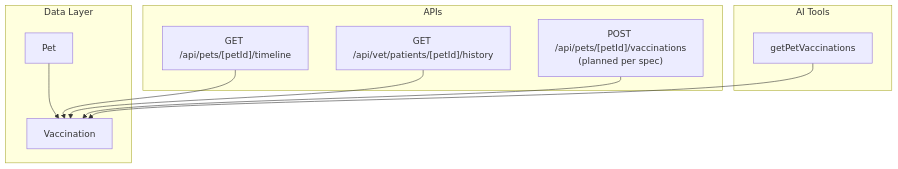
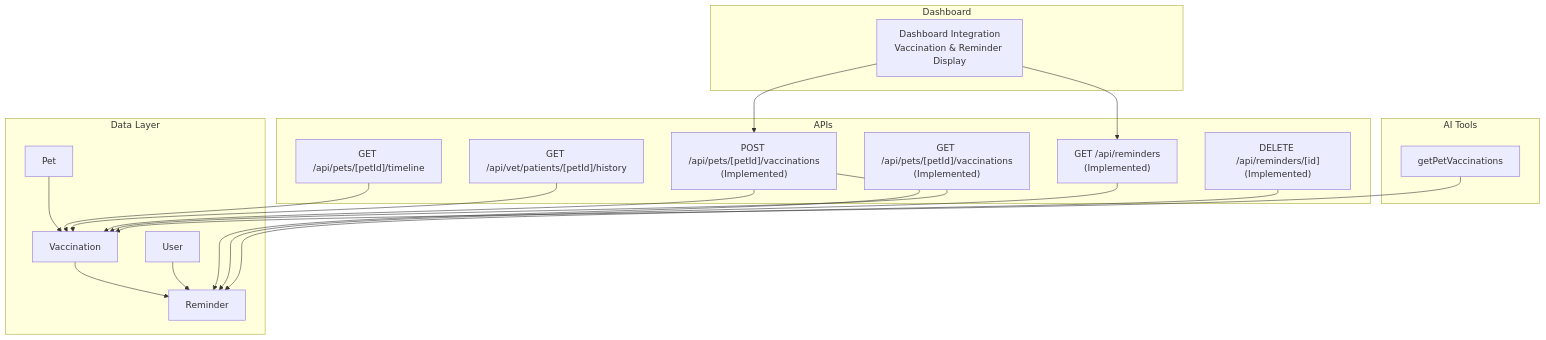
One commit to Javeria-Javaid/ai-powered-pet-healthcare-ecosystem changed the first of 7 diagrams in .qoder/repowiki/en/content/Pet Health Management/Vaccination Tracking.md. Above: the diagram before and after it, drawn with Mermaid. The commit also changed other lines of this file and 45 other files, not shown here.

````diff
--- a/.qoder/repowiki/en/content/Pet Health Management/Vaccination Tracking.md
+++ b/.qoder/repowiki/en/content/Pet Health Management/Vaccination Tracking.md
@@ -36,20 +50,36 @@
 ```mermaid
 graph TB
 subgraph "Data Layer"
 P["Pet"]
 V["Vaccination"]
+R["Reminder"]
+U["User"]
 end
 subgraph "APIs"
 T["GET /api/pets/[petId]/timeline"]
 H["GET /api/vet/patients/[petId]/history"]
-A["POST /api/pets/[petId]/vaccinations<br/>(planned per spec)"]
+VR["POST /api/pets/[petId]/vaccinations<br/>(Implemented)"]
+VL["GET /api/pets/[petId]/vaccinations<br/>(Implemented)"]
+RM["GET /api/reminders<br/>(Implemented)"]
+RD["DELETE /api/reminders/[id]<br/>(Implemented)"]
+end
+subgraph "Dashboard"
+D["Dashboard Integration<br/>Vaccination & Reminder Display"]
 end
 subgraph "AI Tools"
 AT["getPetVaccinations"]
 end
 P --> V
+V --> R
+U --> R
 T --> V
 H --> V
+VR --> V
+VR --> R
+VL --> V
+RM --> R
+RD --> R
+D --> VR
+D --> RM
 AT --> V
-A --> V
 ```
````
